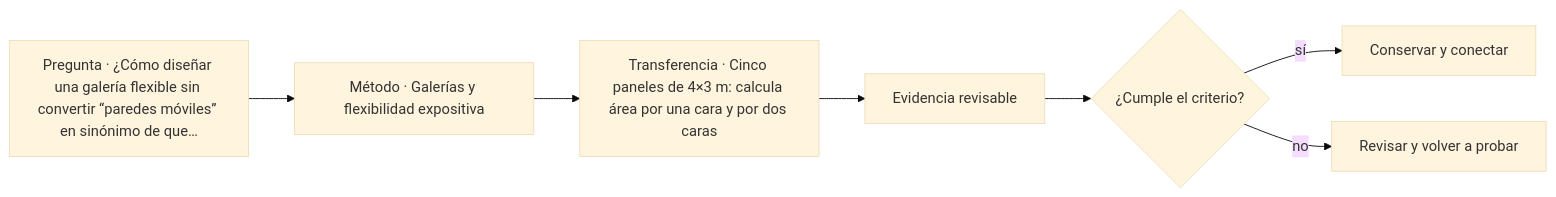
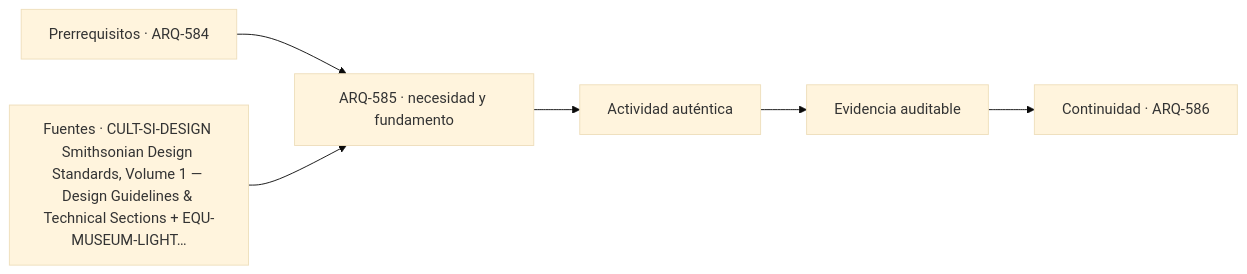
Before and after one commit to vladimiracunadev-create/architecture-built-environment-learning-program: the diagram in classes/parte-59/ARQ-585.md, drawn with Mermaid (base theme). The commit also changed other lines of this file and 761 other files, not shown here.

````diff
--- a/classes/parte-59/ARQ-585.md
+++ b/classes/parte-59/ARQ-585.md
@@ -93,9 +105,8 @@
 ```mermaid
 flowchart LR
-    Q["Pregunta · ¿Cómo diseñar una galería flexible sin convertir “paredes móviles” en sinónimo de que…"] --> M["Método · Galerías y flexibilidad expositiva"]
-    M --> P["Transferencia · Cinco paneles de 4×3 m: calcula área por una cara y por dos caras"]
-    P --> E["Evidencia revisable"]
-    E --> C{"¿Cumple el criterio?"}
-    C -->|sí| T["Conservar y conectar"]
-    C -->|no| R["Revisar y volver a probar"]
+    A["Prerrequisitos · ARQ-584"] --> B["ARQ-585 · necesidad y fundamento"]
+    S["Fuentes · CULT-SI-DESIGN Smithsonian Design Standards, Volume 1 — Design Guidelines & Technical Sections + EQU-MUSEUM-LIGHT…"] --> B
+    B --> C["Actividad auténtica"]
+    C --> D["Evidencia auditable"]
+    D --> E["Continuidad · ARQ-586"]
 ```
````
